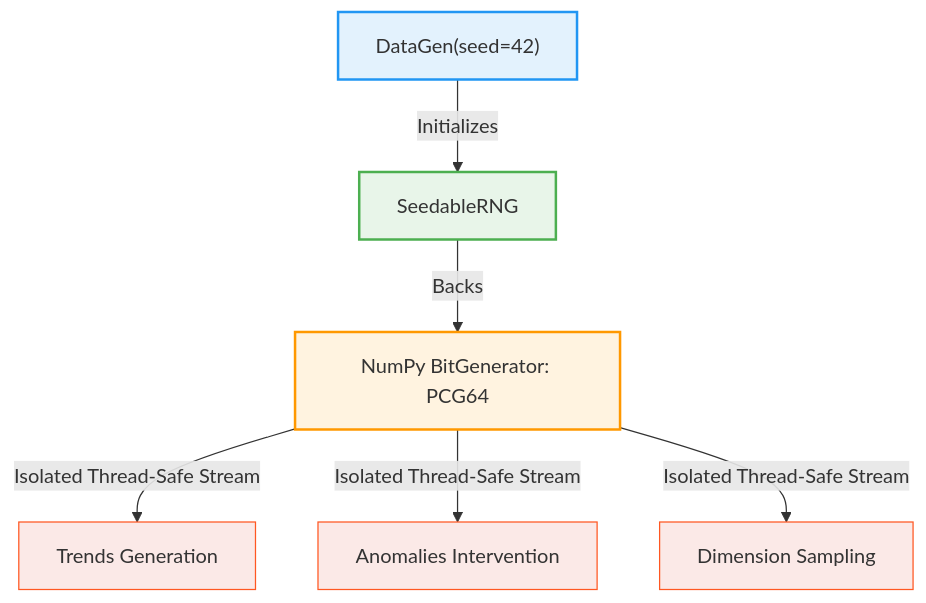
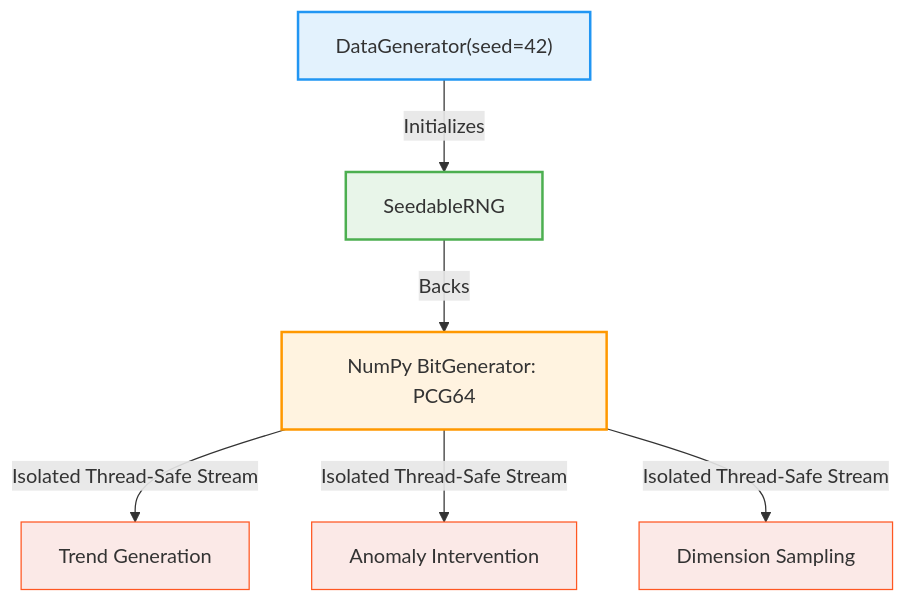
Before and after one commit to manojmanivannan/ts-data-generator: the diagram in docs/deterministic.md, drawn with Mermaid. The commit also changed other lines of this file and 17 other files, not shown here.

````diff
--- a/docs/deterministic.md
+++ b/docs/deterministic.md
@@ -23,15 +23,15 @@
 ```mermaid
 graph TD
-    A["DataGen(seed=42)"] -->|Initializes| B[SeedableRNG]
+    A["DataGenerator(seed=42)"] -->|Initializes| B[SeedableRNG]
     B -->|Backs| C[NumPy BitGenerator: PCG64]
-    C -->|Isolated Thread-Safe Stream| D[Trends Generation]
-    C -->|Isolated Thread-Safe Stream| E[Anomalies Intervention]
+    C -->|Isolated Thread-Safe Stream| D[Trend Generation]
+    C -->|Isolated Thread-Safe Stream| E[Anomaly Intervention]
     C -->|Isolated Thread-Safe Stream| F[Dimension Sampling]
 
     style A fill:#e3f2fd,stroke:#2196f3,stroke-width:2px
     style B fill:#e8f5e9,stroke:#4caf50,stroke-width:2px
     style C fill:#fff3e0,stroke:#ff9800,stroke-width:2px
     style D fill:#fbe9e7,stroke:#ff5722,stroke-width:1px
     style E fill:#fbe9e7,stroke:#ff5722,stroke-width:1px
     style F fill:#fbe9e7,stroke:#ff5722,stroke-width:1px
 ```
````
